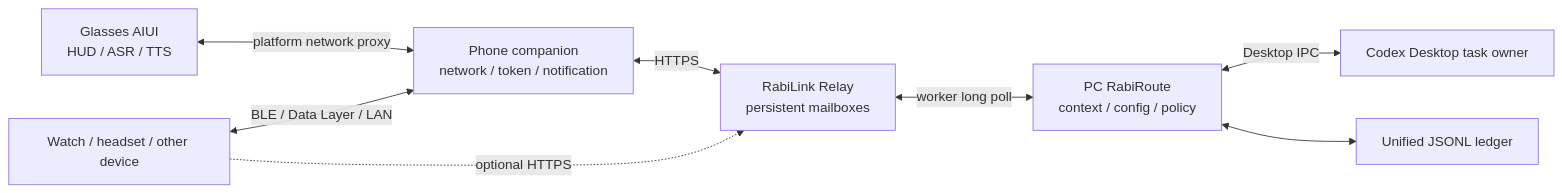
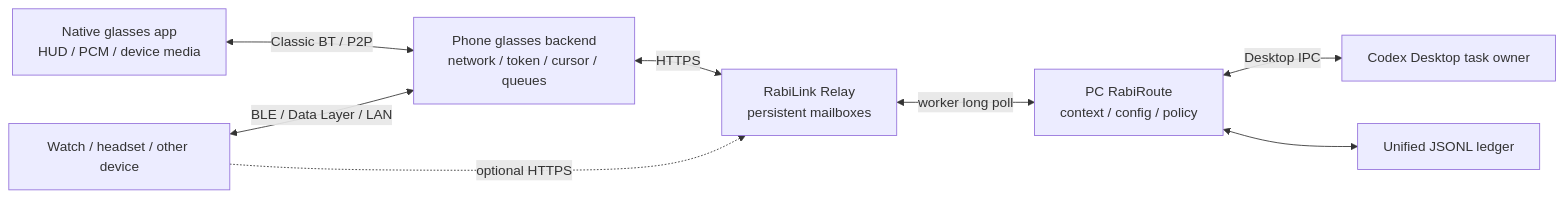
The diagram in docs/rabilink-phone-edge-hub_en.md (vb2250158/RabiRoute), drawn with Mermaid before and after one commit. The commit also changed other lines of this file and 91 other files, not shown here.

````diff
--- a/docs/rabilink-phone-edge-hub_en.md
+++ b/docs/rabilink-phone-edge-hub_en.md
@@ -27,10 +27,10 @@
 ```mermaid
 flowchart LR
-    G["Glasses AIUI\nHUD / ASR / TTS"] <-->|"platform network proxy"| P["Phone companion\nnetwork / token / notification"]
+    G["Native glasses app\nHUD / PCM / device media"] <-->|"Classic BT / P2P"| P["Phone glasses backend\nnetwork / token / cursor / queues"]
     W["Watch / headset / other device"] <-->|"BLE / Data Layer / LAN"| P
     P <-->|"HTTPS"| R["RabiLink Relay\npersistent mailboxes"]
     W -.->|"optional HTTPS"| R
     R <-->|"worker long poll"| C["PC RabiRoute\ncontext / config / policy"]
     C <-->|"Desktop IPC"| A["Codex Desktop task owner"]
     C <--> L["Unified JSONL ledger"]
 ```
````
